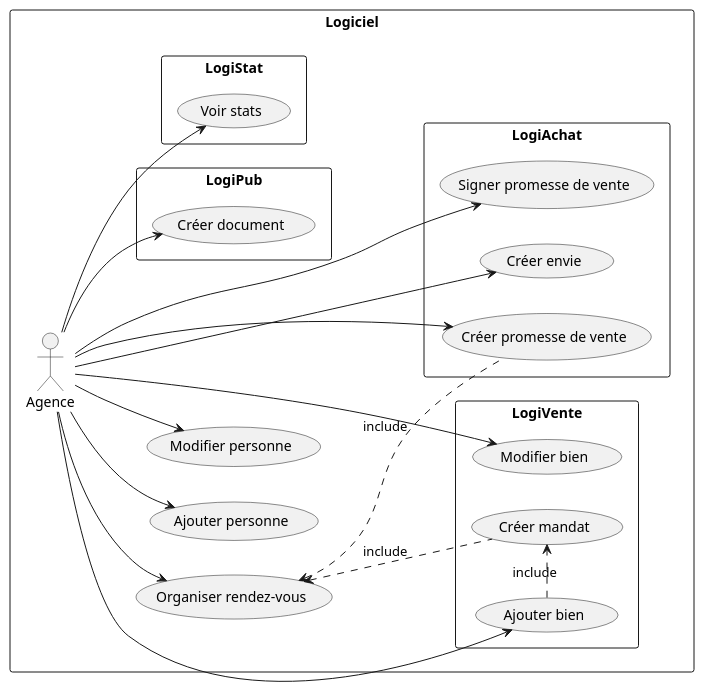
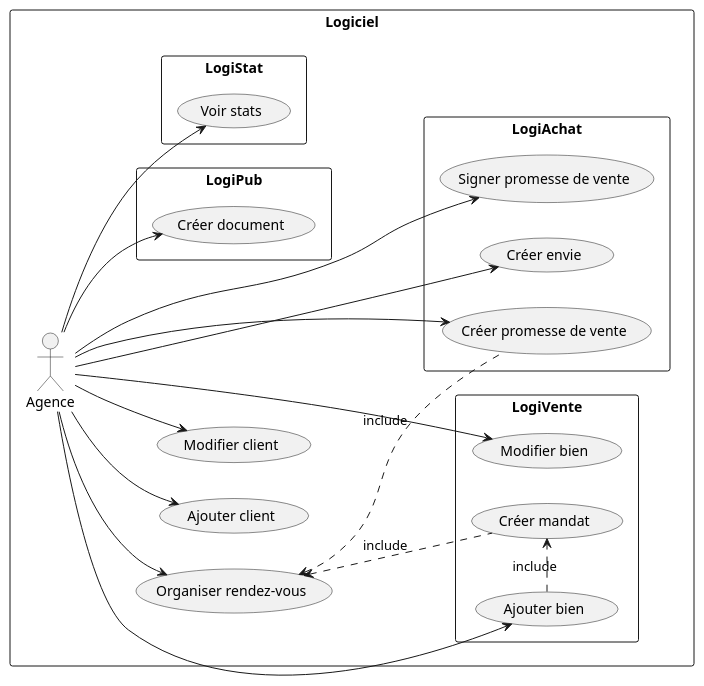
The diagram in DOC/UML/diagUseCase.plantuml (DenisGuiraudet/MIASHS_UML_PTUT), drawn with PlantUML before and after one commit. The commit also changed 13 other files, not shown here.

```diff
--- a/DOC/UML/diagUseCase.plantuml
+++ b/DOC/UML/diagUseCase.plantuml
@@ -2,38 +2,38 @@
 @startuml
 
 left to right direction
 
 rectangle "Logiciel" {
 
   (Organiser rendez-vous)
 
-  Agence --> (Ajouter personne)
-  Agence --> (Modifier personne)
+  Agence --> (Ajouter client)
+  Agence --> (Modifier client)
   Agence --> (Organiser rendez-vous)
 
   rectangle "LogiVente"{
     (Ajouter bien) .right.> (Créer mandat) : include
     Agence --> (Modifier bien)
     Agence --> (Ajouter bien)
     (Créer mandat) .up.> (Organiser rendez-vous) : include
   }
 
   rectangle "LogiAchat"{
     Agence --> (Créer promesse de vente)
     Agence --> (Créer envie)
     (Créer promesse de vente) .up.> (Organiser rendez-vous) : include
     Agence --> (Signer promesse de vente)
   }
 
   rectangle "LogiPub"{
     Agence --> (Créer document)
   }
 
   rectangle "LogiStat"{
     Agence --> (Voir stats)
   }
 
 }
 
 
 @enduml
```
